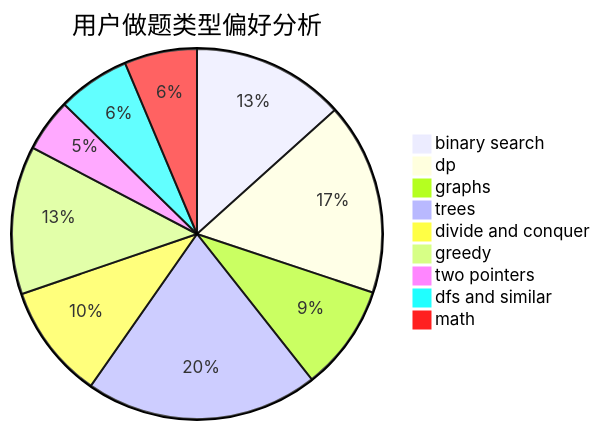
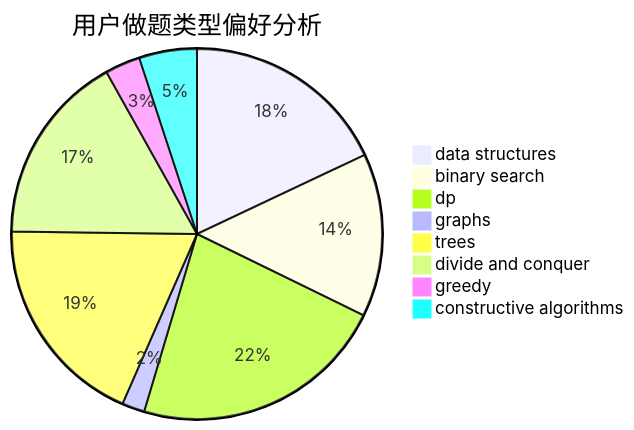
The second of 3 diagrams in docs/user/u2633.md (sherpahu/cfrs.github.io), drawn with Mermaid before and after one commit. The commit also changed other lines of this file and 2775 other files, not shown here.

````diff
--- a/docs/user/u2633.md
+++ b/docs/user/u2633.md
@@ -23,12 +23,11 @@
 ```mermaid
 pie title 用户做题类型偏好分析
-    "binary search" :  101
-    "dp" :  127
-    "graphs" :  70
-    "trees" :  154
+    "data structures" :  82
+    "binary search" :  65
+    "dp" :  102
+    "graphs" :  9
+    "trees" :  85
     "divide and conquer" :  76
-    "greedy" :  98
-    "two pointers" :  35
-    "dfs and similar" :  48
-    "math" :  48
+    "greedy" :  14
+    "constructive algorithms" :  23
 ```
````
